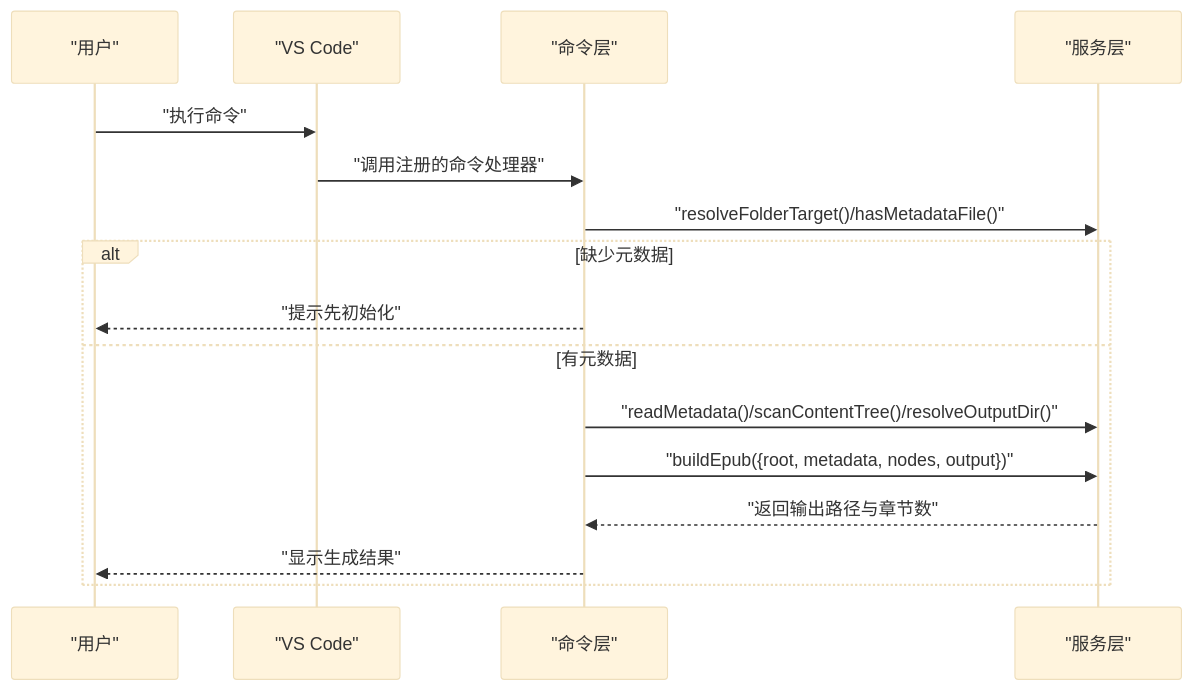
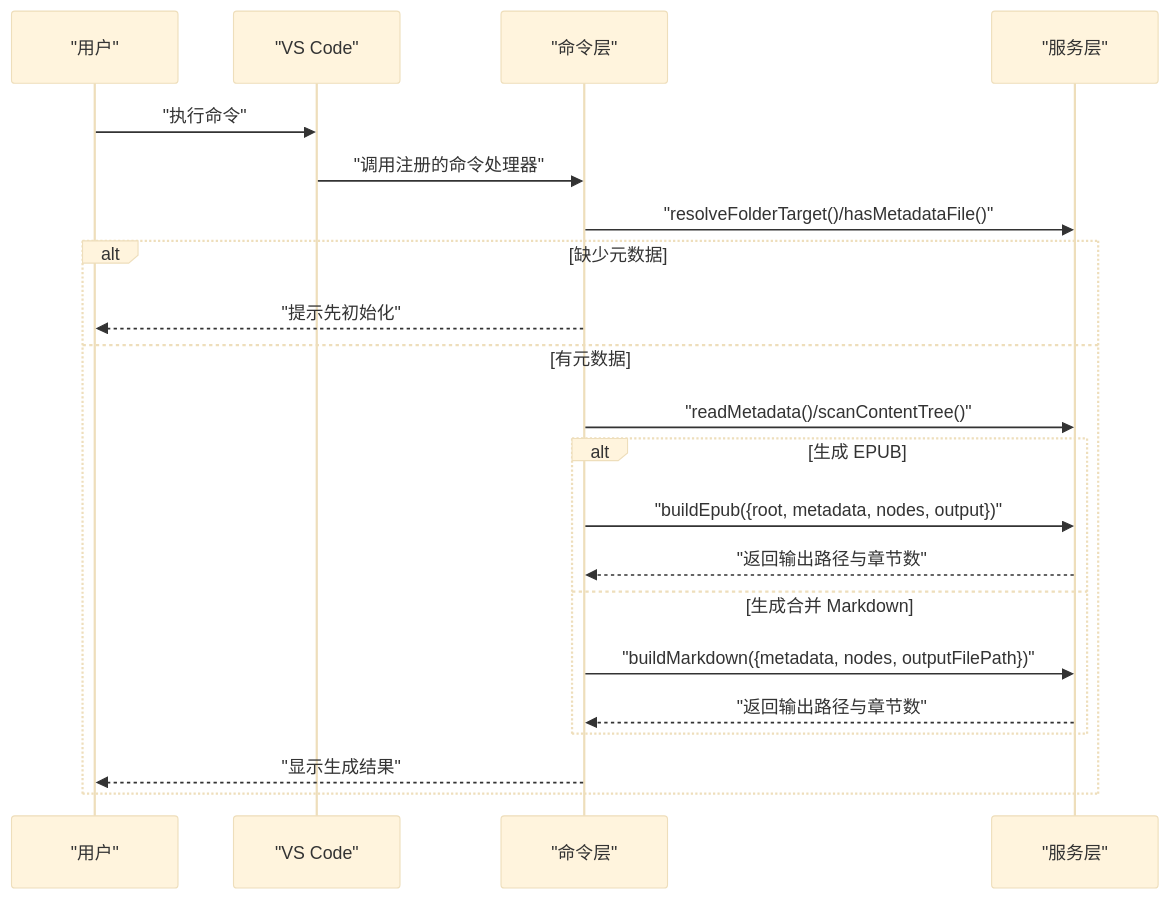
The second of 3 diagrams in .qoder/repowiki/zh/content/API 参考文档/API 参考文档.md (someok/vscode-folder2epub), drawn with Mermaid (base theme) before and after one commit. The commit also changed other lines of this file and 8 other files, not shown here.

````diff
--- a/.qoder/repowiki/zh/content/API 参考文档/API 参考文档.md
+++ b/.qoder/repowiki/zh/content/API 参考文档/API 参考文档.md
@@ -152,18 +171,23 @@
 ```mermaid
 sequenceDiagram
 participant U as "用户"
 participant VS as "VS Code"
 participant C as "命令层"
 participant S as "服务层"
 U->>VS : "执行命令"
 VS->>C : "调用注册的命令处理器"
 C->>S : "resolveFolderTarget()/hasMetadataFile()"
 alt 缺少元数据
 C-->>U : "提示先初始化"
 else 有元数据
-C->>S : "readMetadata()/scanContentTree()/resolveOutputDir()"
+C->>S : "readMetadata()/scanContentTree()"
+alt 生成 EPUB
 C->>S : "buildEpub({root, metadata, nodes, output})"
 S-->>C : "返回输出路径与章节数"
+else 生成合并 Markdown
+C->>S : "buildMarkdown({metadata, nodes, outputFilePath})"
+S-->>C : "返回输出路径与章节数"
+end
 C-->>U : "显示生成结果"
 end
 ```
````
